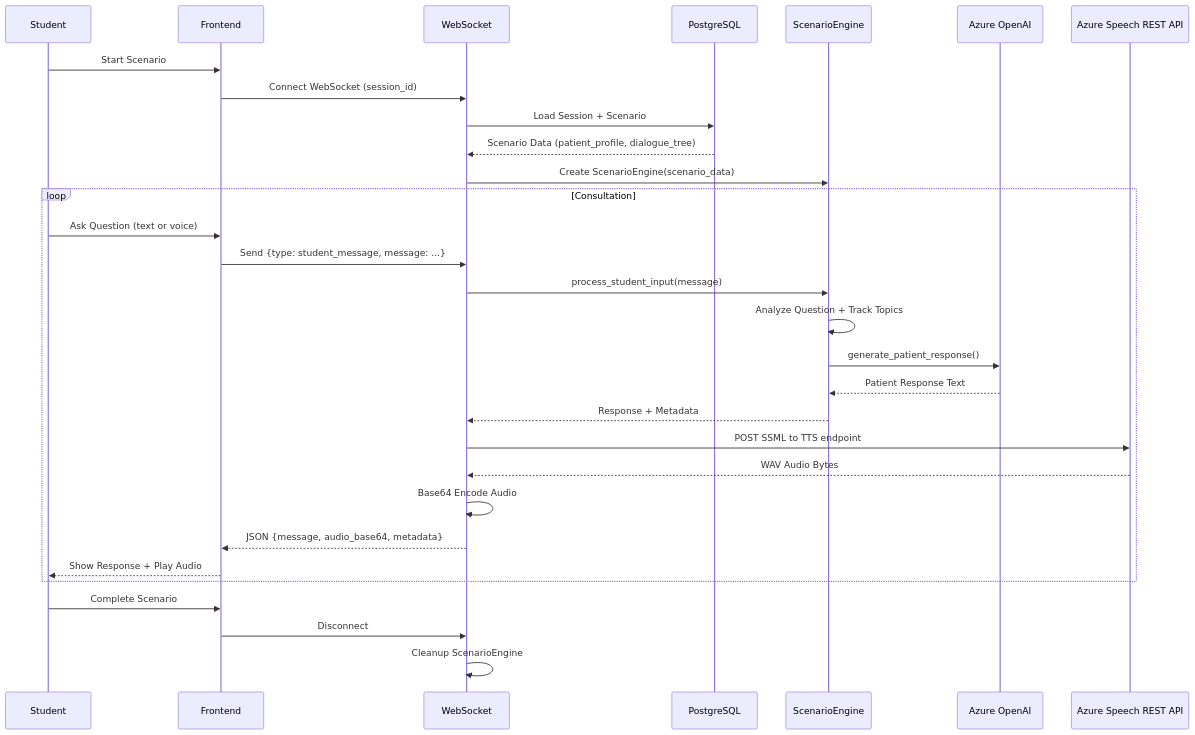
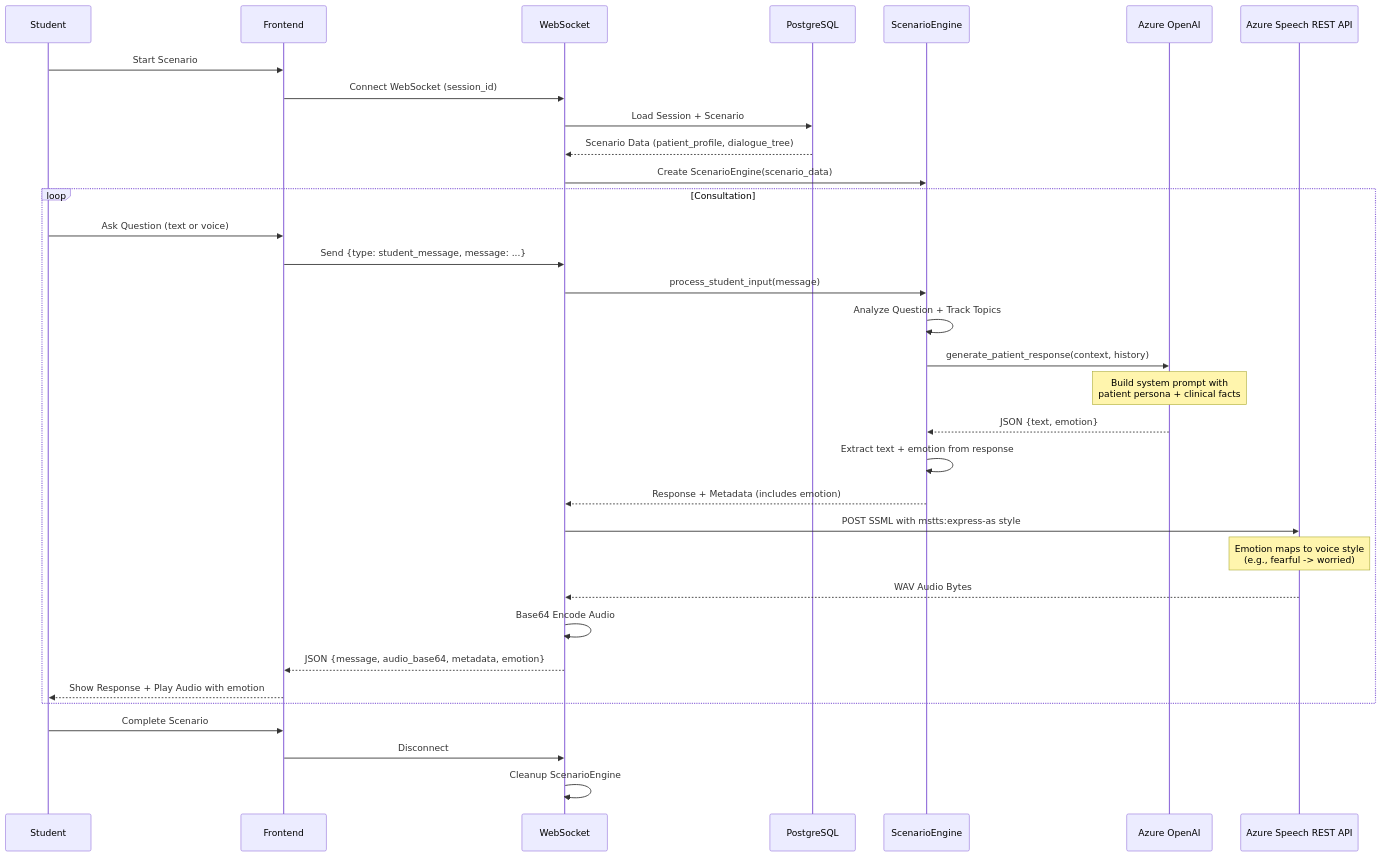
One commit to Amoukli/Coach_AI changed the first of 8 diagrams in docs/diagrams/scenario-engine.md. Above: the diagram before and after it, drawn with Mermaid. The commit also changed other lines of this file and 7 other files, not shown here.

First line of the commit message:
feat(ai): add dynamic emotion engine and clinical knowledge extraction

````diff
--- a/docs/diagrams/scenario-engine.md
+++ b/docs/diagrams/scenario-engine.md
@@ -11,35 +11,38 @@
 ```mermaid
 sequenceDiagram
     participant S as Student
     participant FE as Frontend
     participant WS as WebSocket
     participant DB as PostgreSQL
     participant SE as ScenarioEngine
     participant AI as Azure OpenAI
     participant Voice as Azure Speech REST API
 
     S->>FE: Start Scenario
     FE->>WS: Connect WebSocket (session_id)
     WS->>DB: Load Session + Scenario
     DB-->>WS: Scenario Data (patient_profile, dialogue_tree)
     WS->>SE: Create ScenarioEngine(scenario_data)
 
     loop Consultation
         S->>FE: Ask Question (text or voice)
         FE->>WS: Send {type: student_message, message: ...}
         WS->>SE: process_student_input(message)
         SE->>SE: Analyze Question + Track Topics
-        SE->>AI: generate_patient_response()
-        AI-->>SE: Patient Response Text
-        SE-->>WS: Response + Metadata
-        WS->>Voice: POST SSML to TTS endpoint
+        SE->>AI: generate_patient_response(context, history)
+        Note over AI: Build system prompt with<br/>patient persona + clinical facts
+        AI-->>SE: JSON {text, emotion}
+        SE->>SE: Extract text + emotion from response
+        SE-->>WS: Response + Metadata (includes emotion)
+        WS->>Voice: POST SSML with mstts:express-as style
+        Note over Voice: Emotion maps to voice style<br/>(e.g., fearful -> worried)
         Voice-->>WS: WAV Audio Bytes
         WS->>WS: Base64 Encode Audio
-        WS-->>FE: JSON {message, audio_base64, metadata}
-        FE-->>S: Show Response + Play Audio
+        WS-->>FE: JSON {message, audio_base64, metadata, emotion}
+        FE-->>S: Show Response + Play Audio with emotion
     end
 
     S->>FE: Complete Scenario
     FE->>WS: Disconnect
     WS->>WS: Cleanup ScenarioEngine
 ```
````
